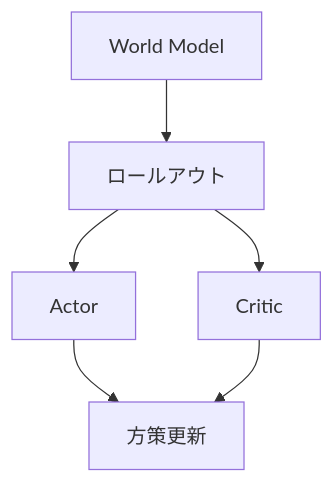
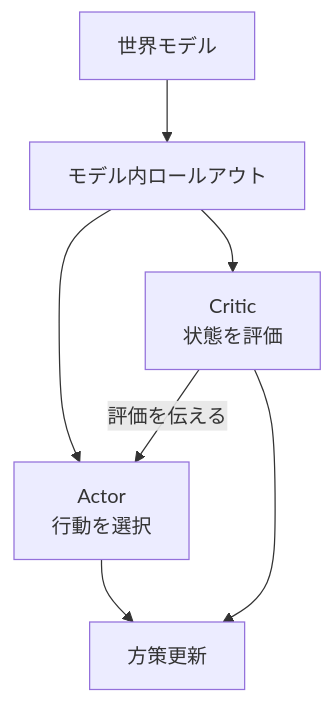
The fifth of 10 diagrams in docs/world-model.md (NOPLAB/slides), drawn with Mermaid before and after one commit. The commit also changed other lines of this file and 1 other file, not shown here.

````diff
--- a/docs/world-model.md
+++ b/docs/world-model.md
@@ -361,8 +566,9 @@
 ```mermaid
 graph TB
-    A[World Model] --> B[ロールアウト]
-    B --> C[Actor]
-    B --> D[Critic]
+    A[世界モデル] --> B[モデル内ロールアウト]
+    B --> C[Actor<br/>行動を選択]
+    B --> D[Critic<br/>状態を評価]
+    D -->|評価を伝える| C
     C --> E[方策更新]
     D --> E
 ```
````
